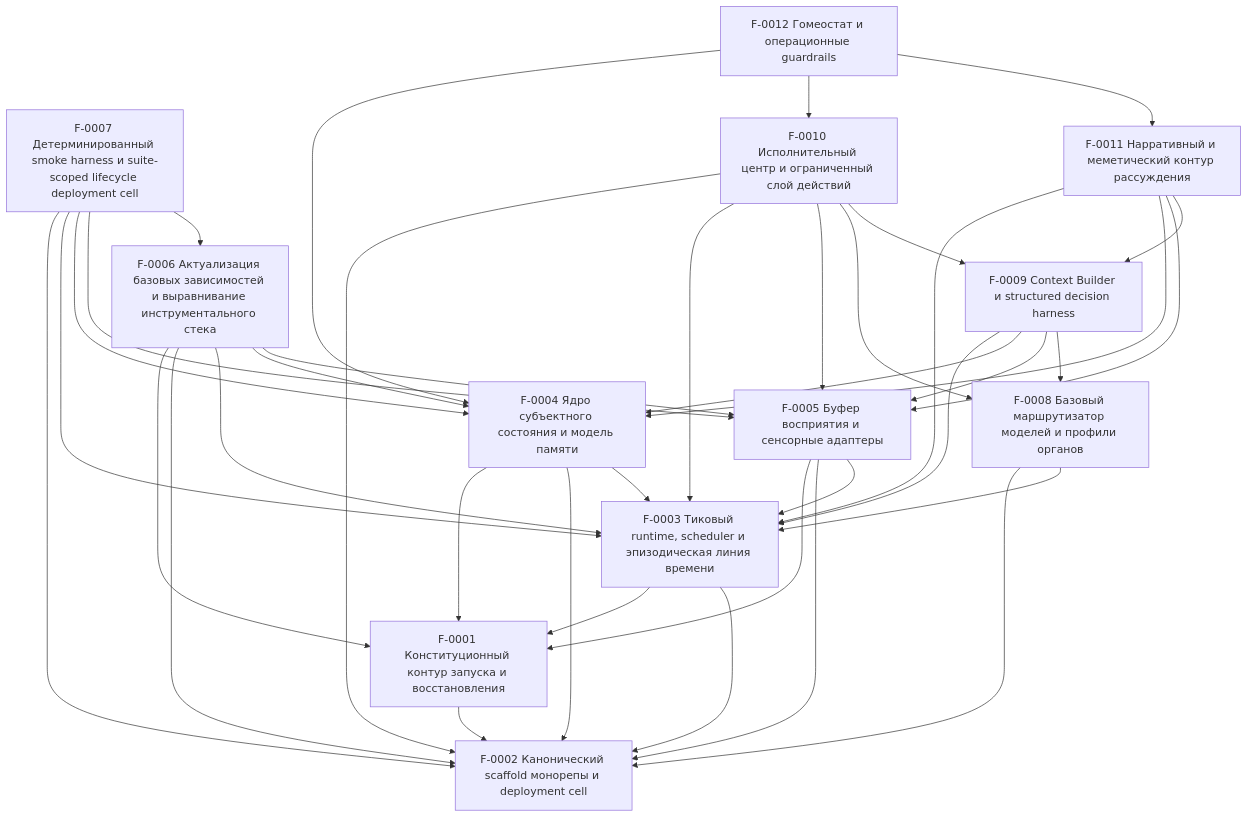
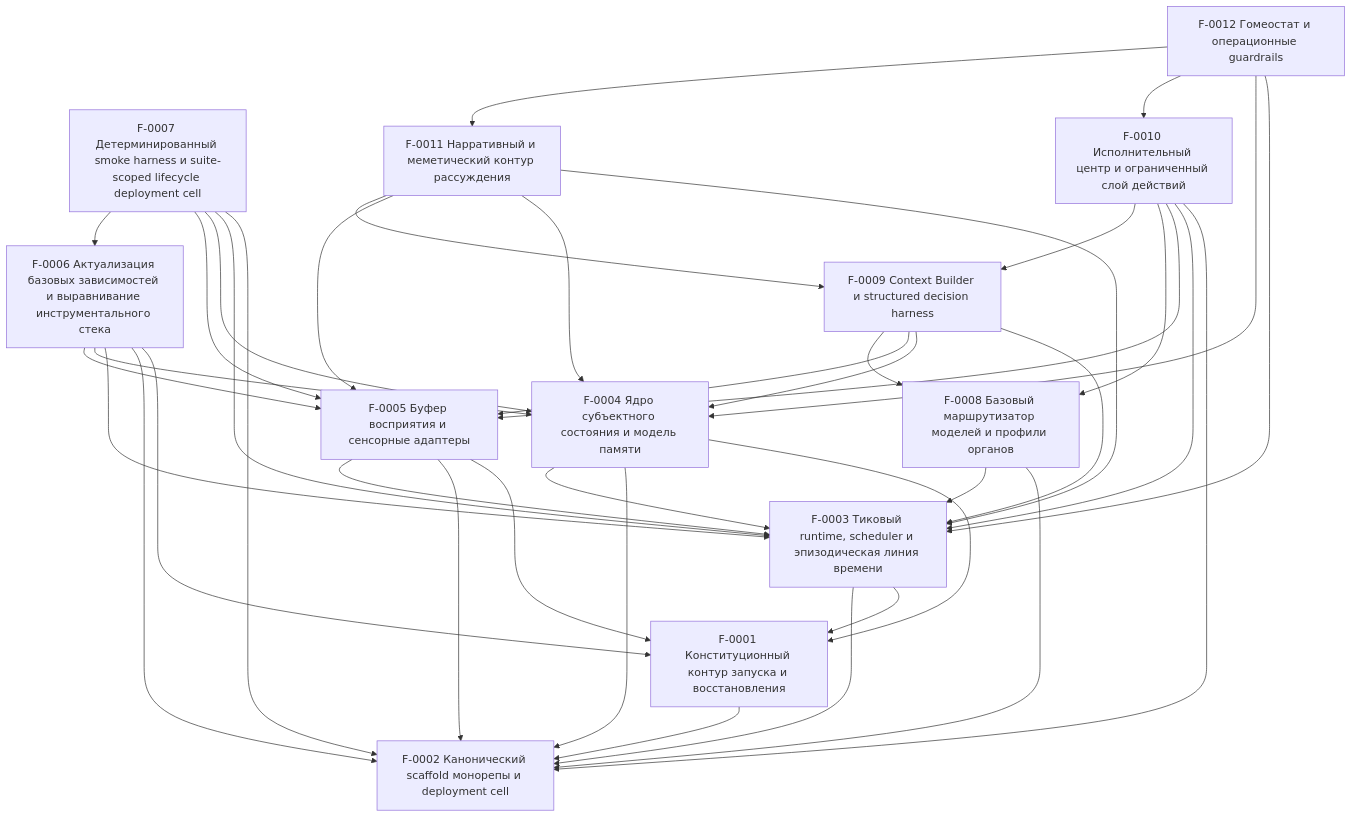
One commit to kostysh/yaagi changed the diagram in docs/ssot/index.md. Above: the diagram before and after it, drawn with Mermaid. The commit also changed other lines of this file and 1 other file, not shown here.

````diff
--- a/docs/ssot/index.md
+++ b/docs/ssot/index.md
@@ -30,52 +30,53 @@
 ```mermaid
 graph TD
   F0001["F-0001 Конституционный контур запуска и восстановления"]
   F0002["F-0002 Канонический scaffold монорепы и deployment cell"]
   F0003["F-0003 Тиковый runtime, scheduler и эпизодическая линия времени"]
   F0004["F-0004 Ядро субъектного состояния и модель памяти"]
   F0005["F-0005 Буфер восприятия и сенсорные адаптеры"]
   F0006["F-0006 Актуализация базовых зависимостей и выравнивание инструментального стека"]
   F0007["F-0007 Детерминированный smoke harness и suite-scoped lifecycle deployment cell"]
   F0008["F-0008 Базовый маршрутизатор моделей и профили органов"]
   F0009["F-0009 Context Builder и structured decision harness"]
   F0010["F-0010 Исполнительный центр и ограниченный слой действий"]
   F0011["F-0011 Нарративный и меметический контур рассуждения"]
   F0012["F-0012 Гомеостат и операционные guardrails"]
   F0001 --> F0002
   F0003 --> F0001
   F0003 --> F0002
   F0004 --> F0001
   F0004 --> F0002
   F0004 --> F0003
   F0005 --> F0001
   F0005 --> F0002
   F0005 --> F0003
   F0006 --> F0001
   F0006 --> F0002
   F0006 --> F0003
   F0006 --> F0004
   F0006 --> F0005
   F0007 --> F0002
   F0007 --> F0003
   F0007 --> F0004
   F0007 --> F0005
   F0007 --> F0006
   F0008 --> F0002
   F0008 --> F0003
   F0009 --> F0003
   F0009 --> F0004
   F0009 --> F0005
   F0009 --> F0008
   F0010 --> F0002
   F0010 --> F0003
   F0010 --> F0005
   F0010 --> F0008
   F0010 --> F0009
   F0011 --> F0003
   F0011 --> F0004
   F0011 --> F0005
   F0011 --> F0009
+  F0012 --> F0003
   F0012 --> F0004
   F0012 --> F0010
   F0012 --> F0011
 ```
````
